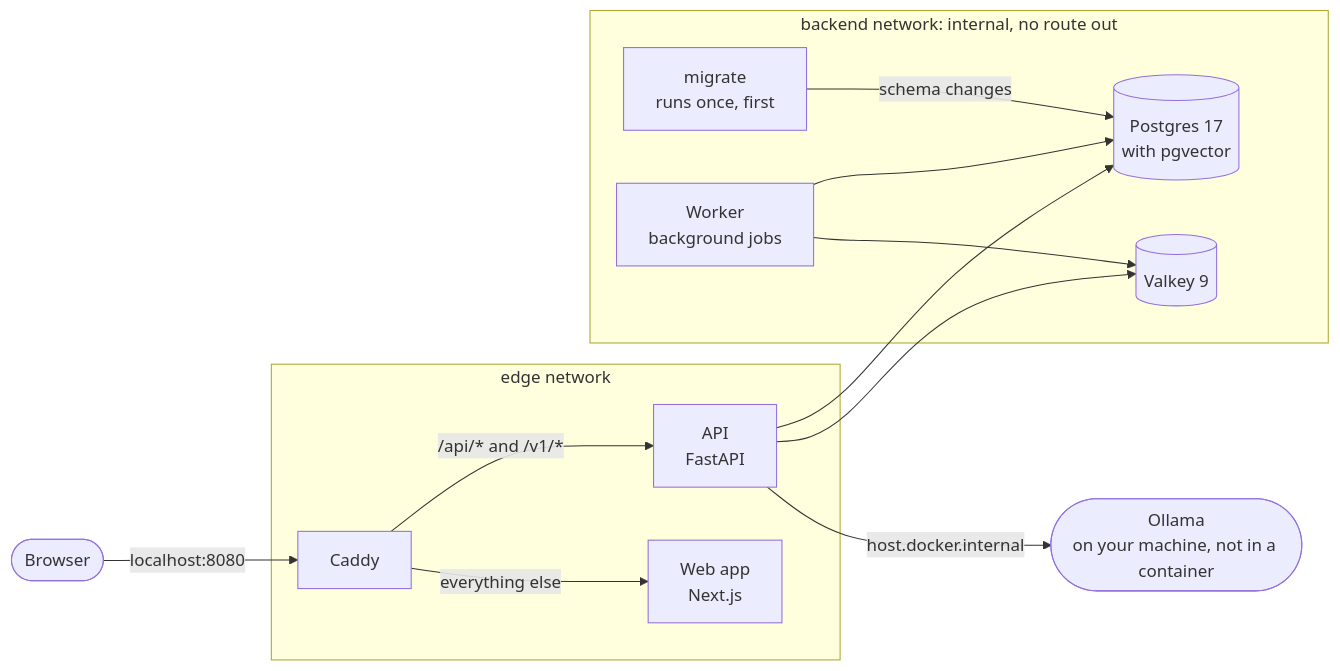
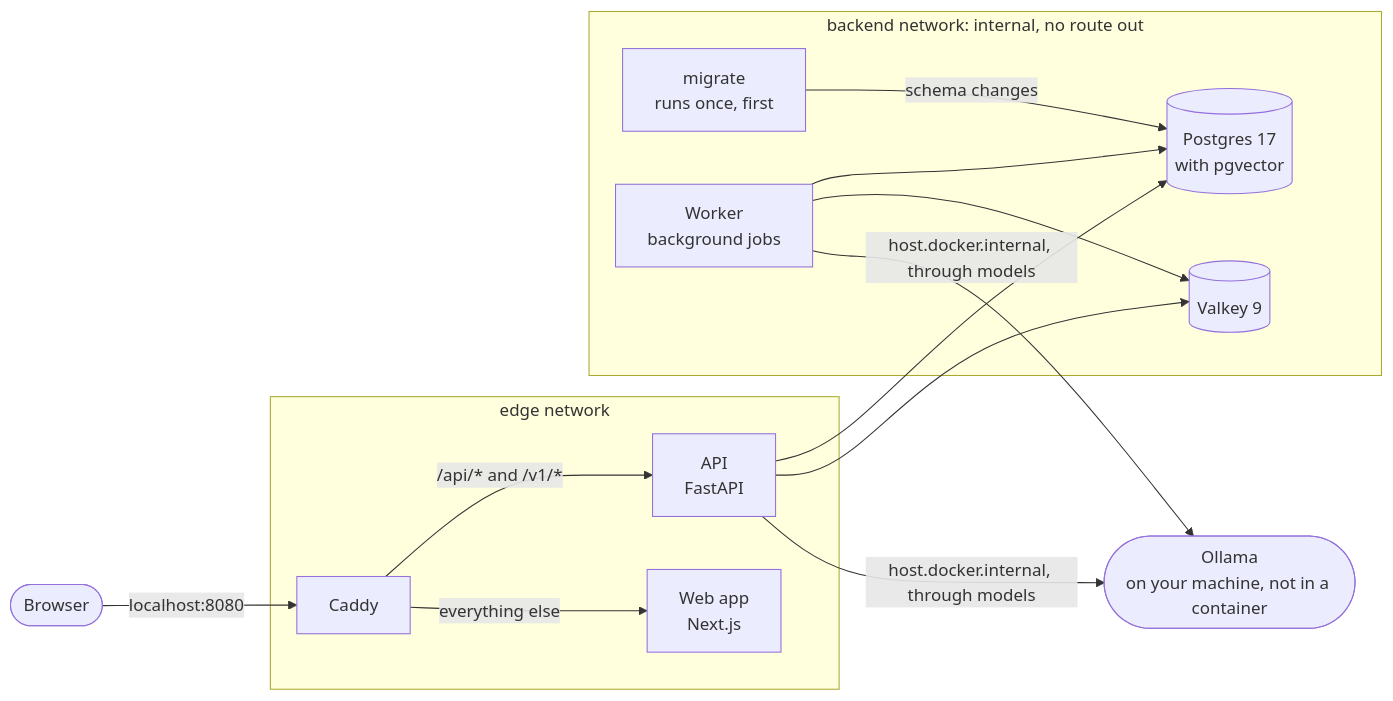
The diagram in docs/architecture.md (fatihrime/actio), drawn with Mermaid before and after one commit. The commit also changed other lines of this file and 2 other files, not shown here.

Commit message:
docs: describe the titles a model writes, and the worker's models

````diff
--- a/docs/architecture.md
+++ b/docs/architecture.md
@@ -7,24 +7,25 @@
 ```mermaid
 flowchart LR
     browser([Browser]) -->|"localhost:8080"| caddy
     subgraph edge ["edge network"]
         caddy["Caddy"]
         web["Web app<br>Next.js"]
         api["API<br>FastAPI"]
     end
     subgraph backend ["backend network: internal, no route out"]
         migrate["migrate<br>runs once, first"]
         worker["Worker<br>background jobs"]
         postgres[("Postgres 17<br>with pgvector")]
         valkey[("Valkey 9")]
     end
     ollama(["Ollama<br>on your machine, not in a container"])
     caddy -->|"/api/* and /v1/*"| api
     caddy -->|"everything else"| web
     migrate -->|"schema changes"| postgres
     api --> postgres
     api --> valkey
     worker --> postgres
     worker --> valkey
-    api -->|"host.docker.internal"| ollama
+    api -->|"host.docker.internal, through models"| ollama
+    worker -->|"host.docker.internal, through models"| ollama
 ```
````
